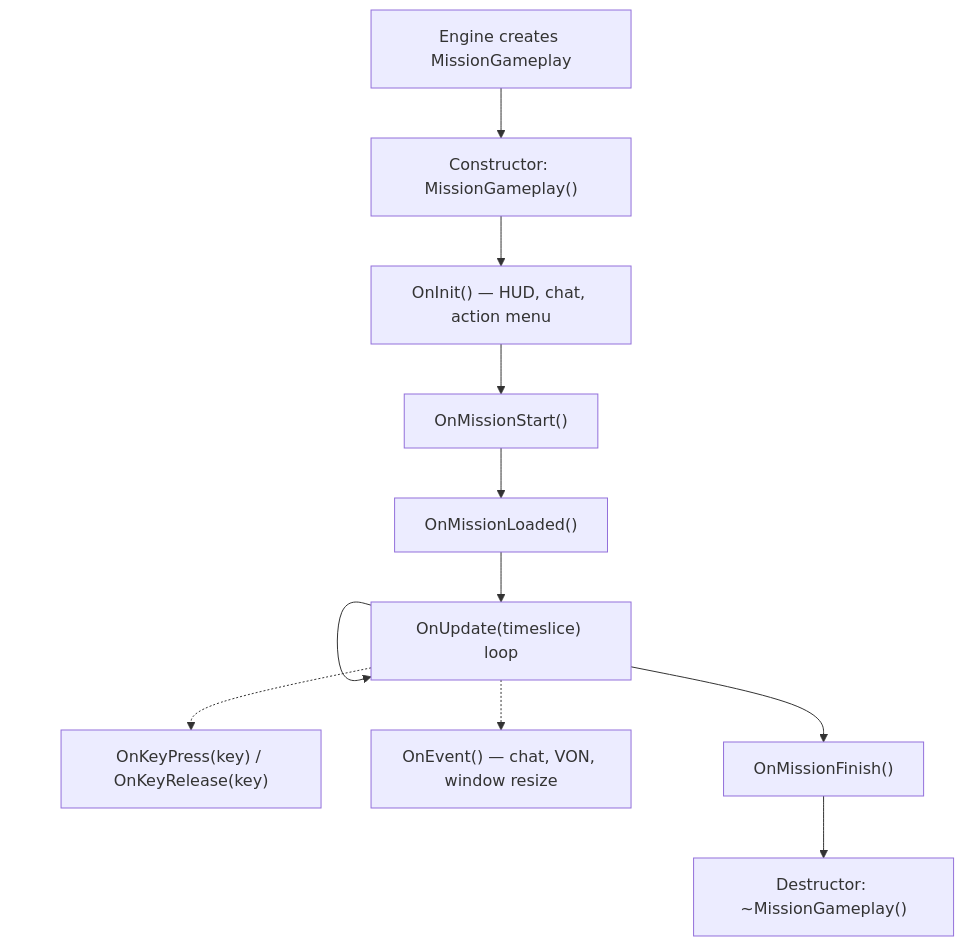
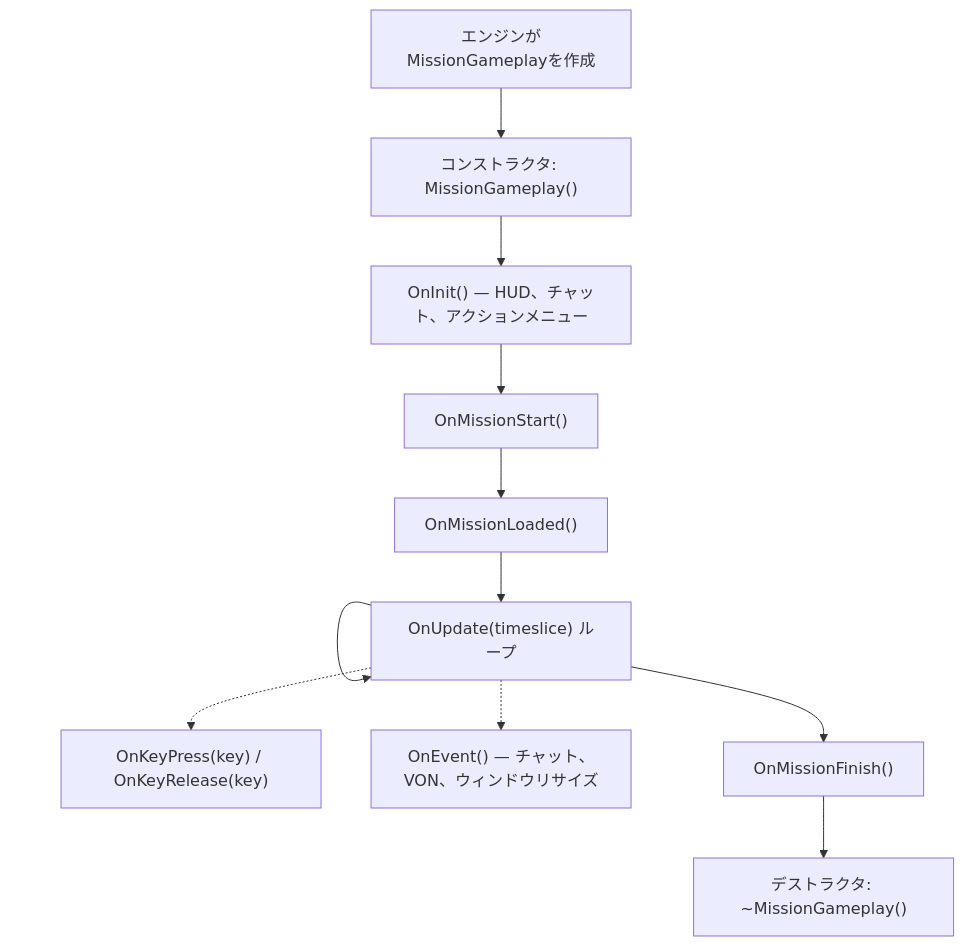
Before and after one commit to StarDZ-Team/DayZ-Modding-Wiki: the second of 5 diagrams in ja/06-engine-api/11-mission-hooks.md, drawn with Mermaid. The commit also changed other lines of this file and 6 other files, not shown here.

````diff
--- a/ja/06-engine-api/11-mission-hooks.md
+++ b/ja/06-engine-api/11-mission-hooks.md
@@ -56,14 +56,14 @@
 ```mermaid
 flowchart TD
-    A["Engine creates MissionGameplay"] --> B["Constructor: MissionGameplay()"]
-    B --> C["OnInit() — HUD, chat, action menu"]
+    A["エンジンがMissionGameplayを作成"] --> B["コンストラクタ: MissionGameplay()"]
+    B --> C["OnInit() — HUD、チャット、アクションメニュー"]
     C --> D["OnMissionStart()"]
     D --> E["OnMissionLoaded()"]
-    E --> F["OnUpdate(timeslice) loop"]
+    E --> F["OnUpdate(timeslice) ループ"]
     F --> F
     F --> G["OnMissionFinish()"]
-    G --> H["Destructor: ~MissionGameplay()"]
+    G --> H["デストラクタ: ~MissionGameplay()"]
 
     F -.-> I["OnKeyPress(key) / OnKeyRelease(key)"]
-    F -.-> J["OnEvent() — chat, VON, window resize"]
+    F -.-> J["OnEvent() — チャット、VON、ウィンドウリサイズ"]
 ```
````
